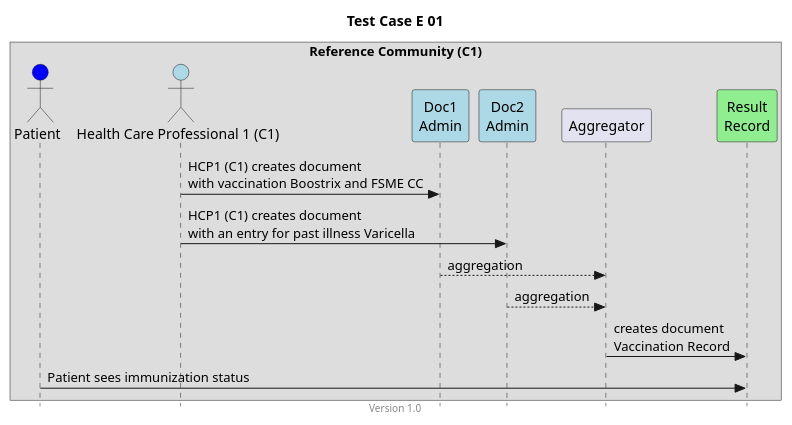
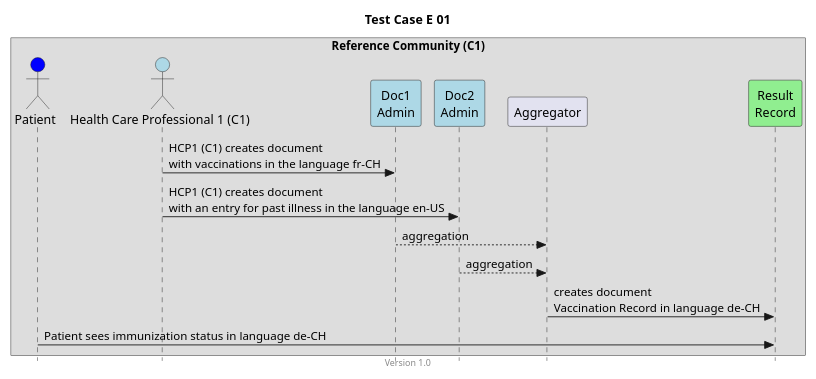
One commit to hl7ch/ch-vacd changed the diagram in input/images-source/TCE01.plantuml. Above: the diagram before and after it, drawn with PlantUML. The commit also changed 22 other files, not shown here.

```diff
--- a/input/images-source/TCE01.plantuml
+++ b/input/images-source/TCE01.plantuml
@@ -1,28 +1,28 @@
 @startuml
 title Test Case E 01
 footer Version 1.0
 skinparam responseMessageBelowArrow true
 skinparam style strictuml
 scale max 800 width
 
 
 box "Reference Community (C1)"
 actor "Patient" as PAT #blue
 actor "Health Care Professional 1 (C1)" as HCP1_C1 #lightblue
 participant "Doc1\nAdmin" as Doc1 #lightblue
 participant "Doc2\nAdmin" as Doc2 #lightblue
 participant Aggregator as AGG
 participant "Result\nRecord" as RES #lightgreen
 end box
 
-HCP1_C1 -> Doc1: HCP1 (C1) creates document\nwith vaccination Boostrix and FSME CC
+HCP1_C1 -> Doc1: HCP1 (C1) creates document\nwith vaccinations in the language fr-CH
 
-HCP1_C1 -> Doc2: HCP1 (C1) creates document\nwith an entry for past illness Varicella
+HCP1_C1 -> Doc2: HCP1 (C1) creates document\nwith an entry for past illness in the language en-US
 
 Doc1 --> AGG: aggregation
 Doc2 --> AGG: aggregation
-AGG -> RES: creates document\nVaccination Record 
-PAT -> RES: Patient sees immunization status
+AGG -> RES: creates document\nVaccination Record in language de-CH
+PAT -> RES: Patient sees immunization status in language de-CH
 
 
 @enduml
```
